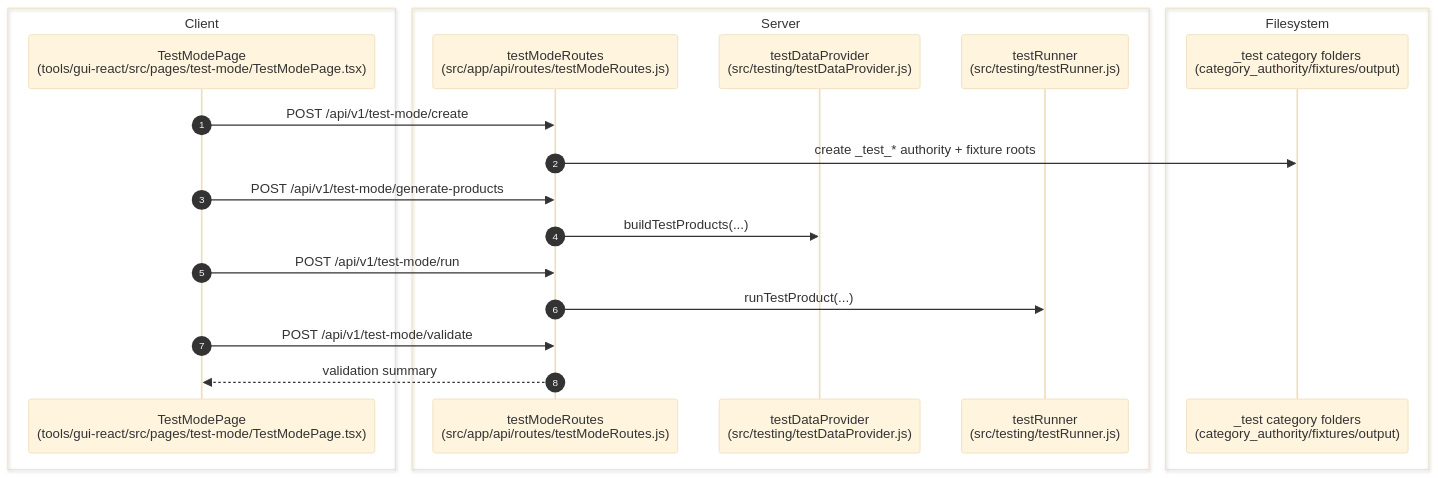
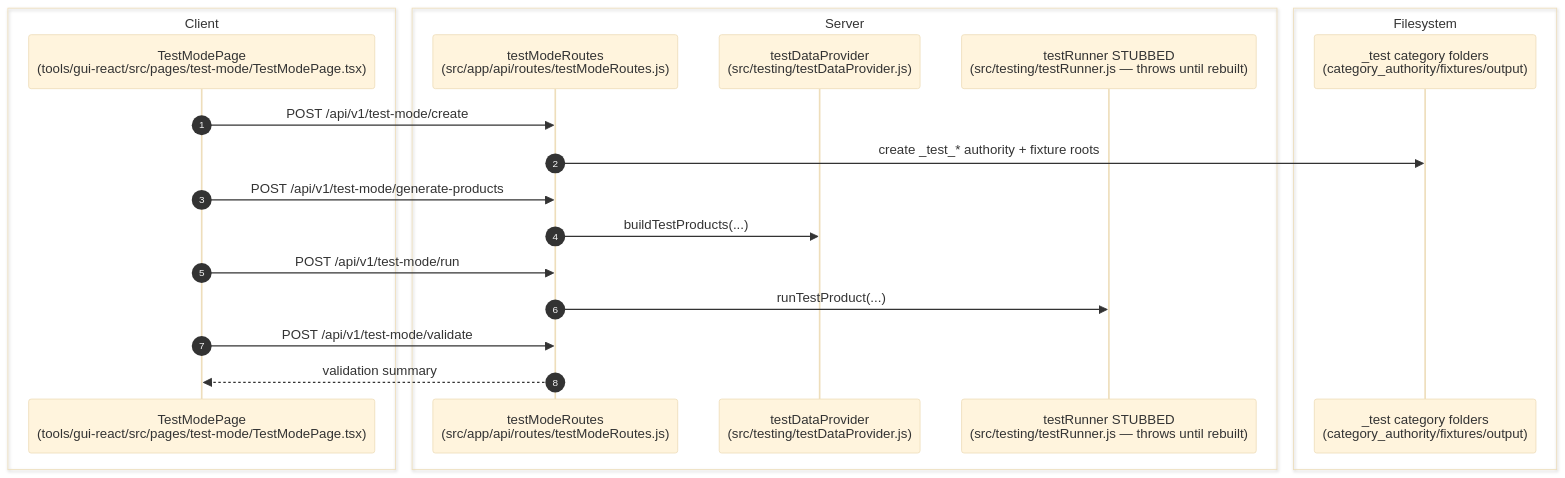
Before and after one commit to CdubVentures/Spec-Factory: the diagram in docs/04-features/test-mode.md, drawn with Mermaid. The commit also changed other lines of this file and 815 other files, not shown here.

````diff
--- a/docs/04-features/test-mode.md
+++ b/docs/04-features/test-mode.md
@@ -57,24 +57,24 @@
 ```mermaid
 %%{init: {'theme': 'base', 'themeVariables': { 'fontSize': '20px', 'actorWidth': 250, 'actorMargin': 200, 'boxMargin': 20 }}}%%
 sequenceDiagram
   autonumber
   box Client
     participant TestPage as TestModePage<br/>(tools/gui-react/src/pages/test-mode/TestModePage.tsx)
   end
   box Server
     participant TestRoutes as testModeRoutes<br/>(src/app/api/routes/testModeRoutes.js)
     participant Provider as testDataProvider<br/>(src/testing/testDataProvider.js)
-    participant Runner as testRunner<br/>(src/testing/testRunner.js)
+    participant Runner as testRunner STUBBED<br/>(src/testing/testRunner.js — throws until rebuilt)
   end
   box Filesystem
     participant TestCat as _test category folders<br/>(category_authority/fixtures/output)
   end
   TestPage->>TestRoutes: POST /api/v1/test-mode/create
   TestRoutes->>TestCat: create _test_* authority + fixture roots
   TestPage->>TestRoutes: POST /api/v1/test-mode/generate-products
   TestRoutes->>Provider: buildTestProducts(...)
   TestPage->>TestRoutes: POST /api/v1/test-mode/run
   TestRoutes->>Runner: runTestProduct(...)
   TestPage->>TestRoutes: POST /api/v1/test-mode/validate
   TestRoutes-->>TestPage: validation summary
 ```
````
